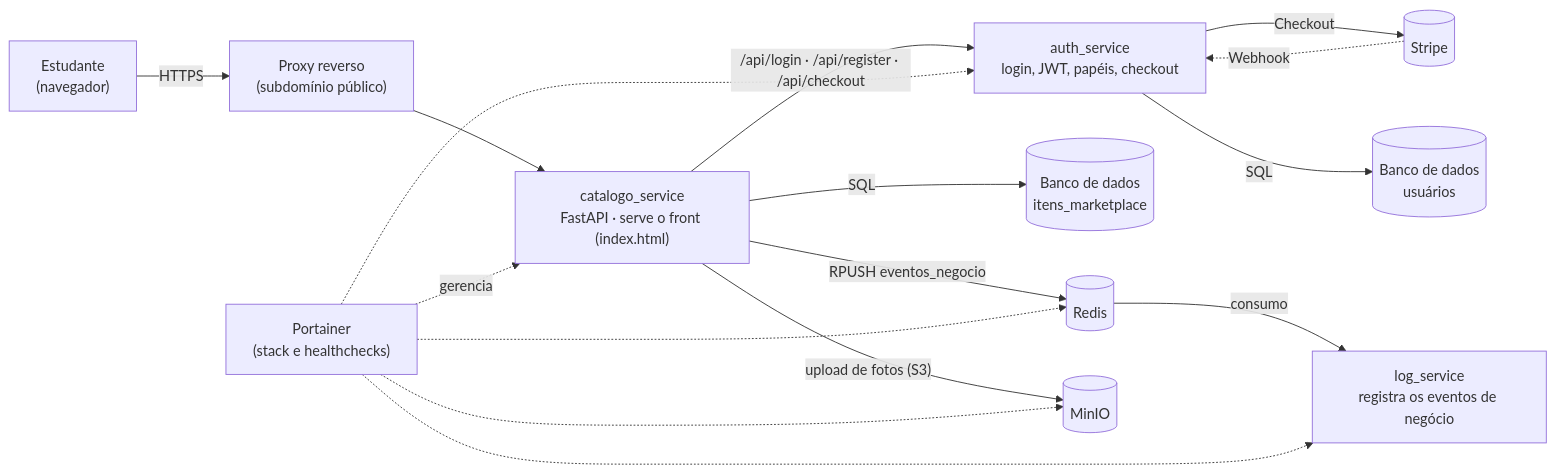
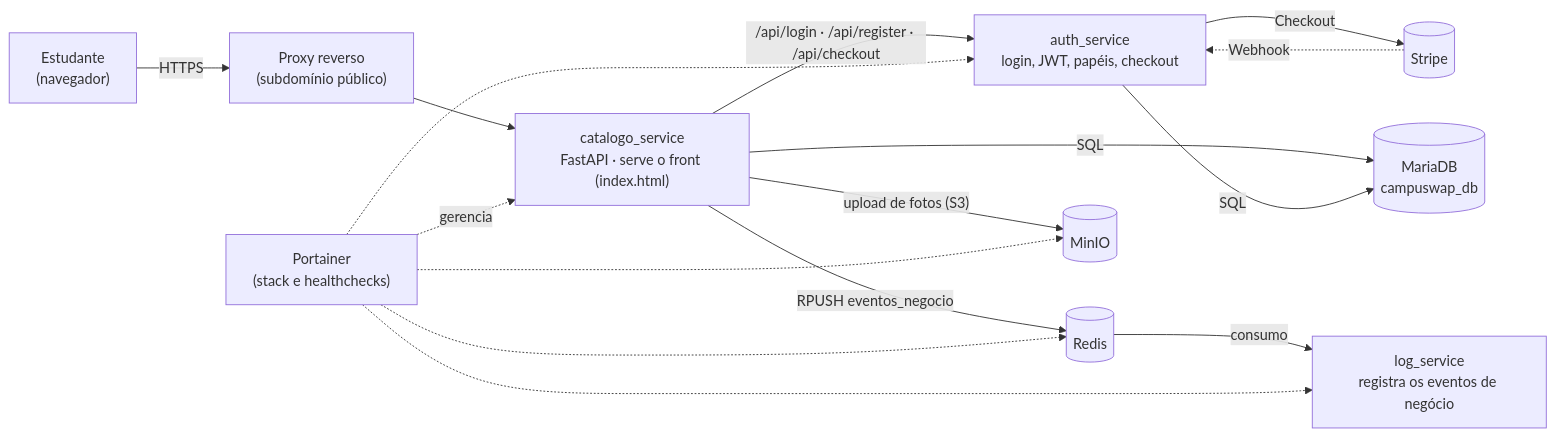
The first of 2 diagrams in README.md (Gabriel33-fis/campuswap), drawn with Mermaid before and after one commit. The commit also changed other lines of this file and 2 other files, not shown here.

````diff
--- a/README.md
+++ b/README.md
@@ -124,21 +124,21 @@
 ```mermaid
 flowchart LR
     U["Estudante<br/>(navegador)"] -->|HTTPS| P["Proxy reverso<br/>(subdomínio público)"]
     P --> C["catalogo_service<br/>FastAPI · serve o front (index.html)"]
 
     C -->|"/api/login · /api/register · /api/checkout"| A["auth_service<br/>login, JWT, papéis, checkout"]
     A -->|Checkout| S[("Stripe")]
     S -.->|Webhook| A
 
-    C -->|SQL| DB[("Banco de dados<br/>itens_marketplace")]
-    A -->|SQL| DBU[("Banco de dados<br/>usuários")]
+    C -->|SQL| DB[("MariaDB<br/>campuswap_db")]
+    A -->|SQL| DB
     C -->|"RPUSH eventos_negocio"| R[("Redis")]
     R -->|consumo| L["log_service<br/>registra os eventos de negócio"]
     C -->|"upload de fotos (S3)"| M[("MinIO")]
 
     PT["Portainer<br/>(stack e healthchecks)"] -.->|gerencia| C
     PT -.-> A
     PT -.-> L
     PT -.-> R
     PT -.-> M
 ```
````
